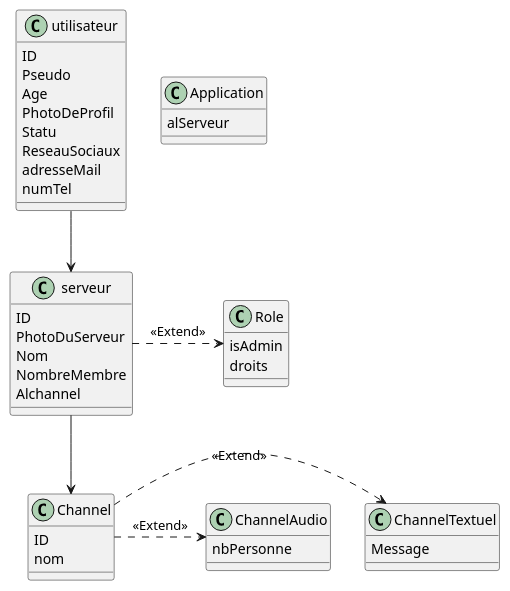
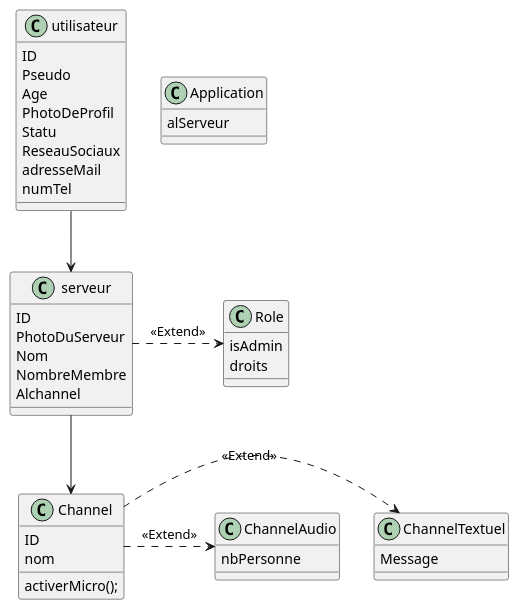
One commit to IUT-Blagnac/bcoo-retro2021-bcoo-retro2021-g16 changed the diagram in discord.plantuml. Above: the diagram before and after it, drawn with PlantUML.

```diff
--- a/discord.plantuml
+++ b/discord.plantuml
@@ -1,50 +1,51 @@
 @startuml
 
 class utilisateur {
   ID
   Pseudo 
   Age 
   PhotoDeProfil
   Statu
   ReseauSociaux
   adresseMail
   numTel
 }
 
 class serveur {
   ID
   PhotoDuServeur
   Nom
   NombreMembre
   Alchannel 
 }
 
 class Role {
   isAdmin
   droits
 }
 
 class Channel {
   ID
   nom
+  activerMicro();
 }
 
 class ChannelAudio{
   nbPersonne
 }
 
 class ChannelTextuel{
   Message
 }
 
 class Application {
  alServeur
 }
 
 utilisateur --> serveur
 serveur .> Role : <<Extend>>
 serveur --> Channel
 Channel .> ChannelTextuel : <<Extend>>
 Channel .> ChannelAudio : <<Extend>>
 
 @enduml
```
